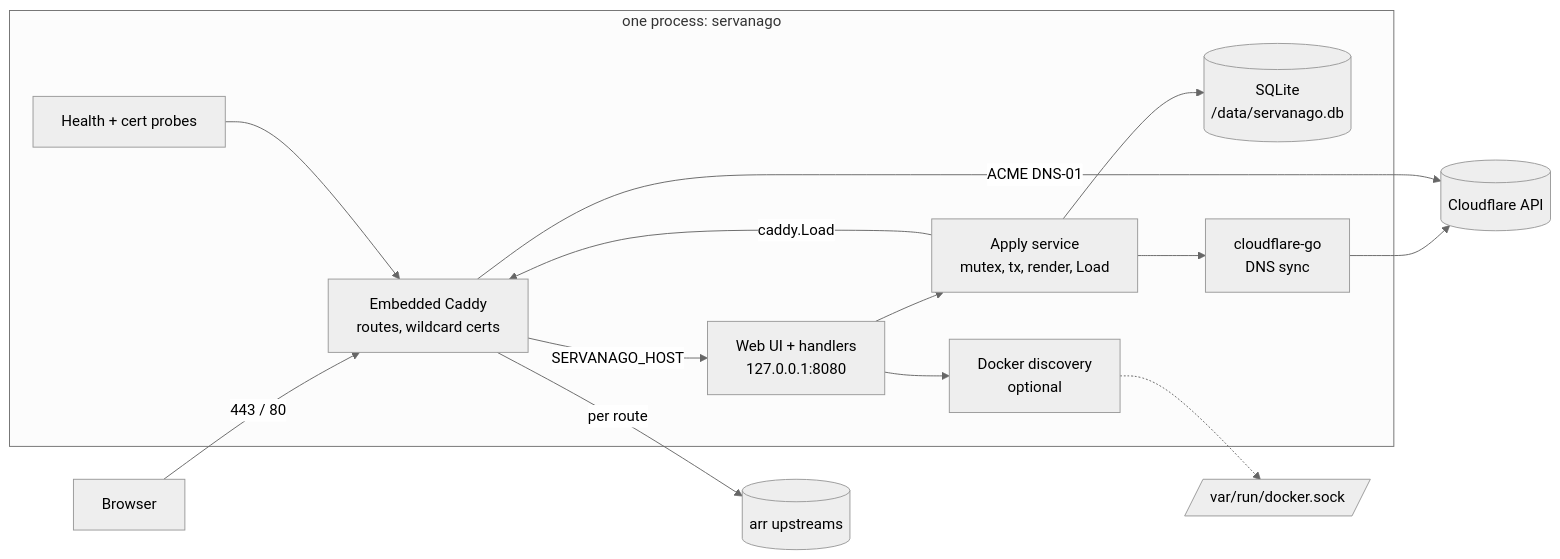
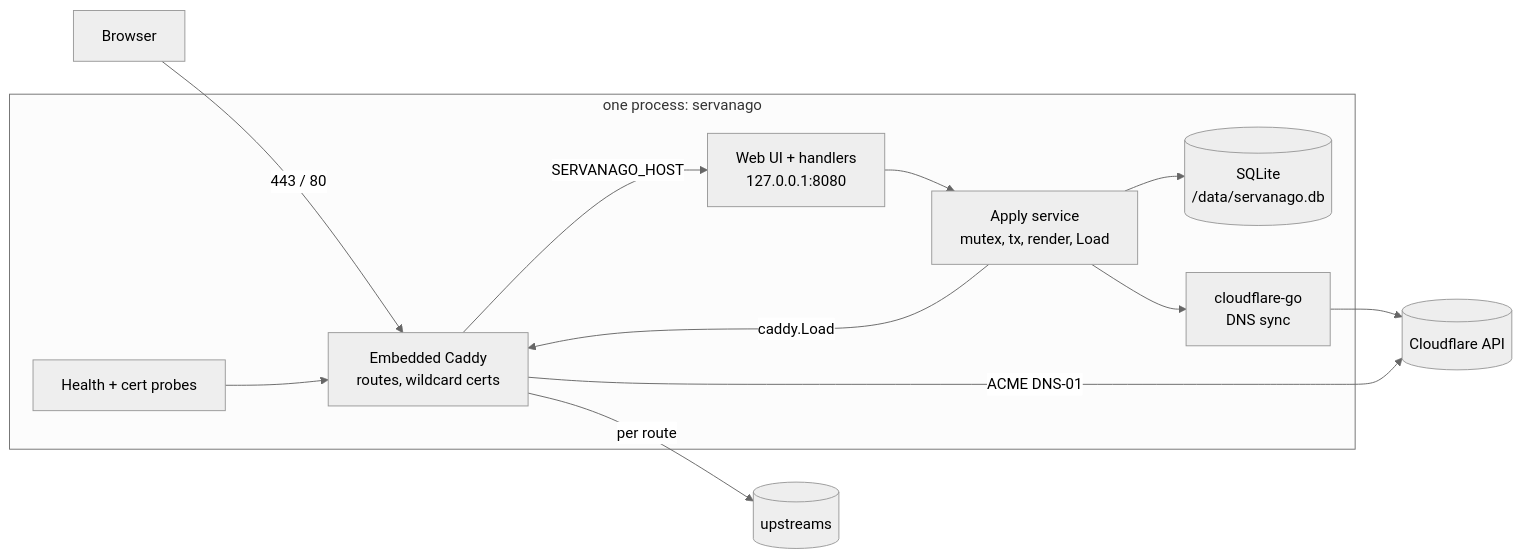
Before and after one commit to Servanago/Servanago: the first of 5 diagrams in docs/DESIGN.md, drawn with Mermaid (neutral theme). The commit also changed other lines of this file and 5 other files, not shown here.

First line of the commit message:
Rewrite docs for ServanaGo and add roadmap

````diff
--- a/docs/DESIGN.md
+++ b/docs/DESIGN.md
@@ -27,22 +27,19 @@
 ```mermaid
 flowchart LR
   Browser -->|443 / 80| Caddy
-  subgraph Container [one process: servanago]
+  subgraph Process [one process: servanago]
     Caddy[Embedded Caddy<br/>routes, wildcard certs]
     UI[Web UI + handlers<br/>127.0.0.1:8080]
     Apply[Apply service<br/>mutex, tx, render, Load]
     Store[(SQLite<br/>/data/servanago.db)]
     DNS[cloudflare-go<br/>DNS sync]
     Health[Health + cert probes]
-    Docker[Docker discovery<br/>optional]
   end
   Caddy -->|SERVANAGO_HOST| UI
-  Caddy -->|per route| Arr[(arr upstreams)]
+  Caddy -->|per route| Up[(upstreams)]
   UI --> Apply --> Store
   Apply -->|caddy.Load| Caddy
   Apply --> DNS --> CF[(Cloudflare API)]
   Caddy -->|ACME DNS-01| CF
   Health --> Caddy
-  UI --> Docker
-  Docker -.-> Sock[/var/run/docker.sock/]
 ```
````
